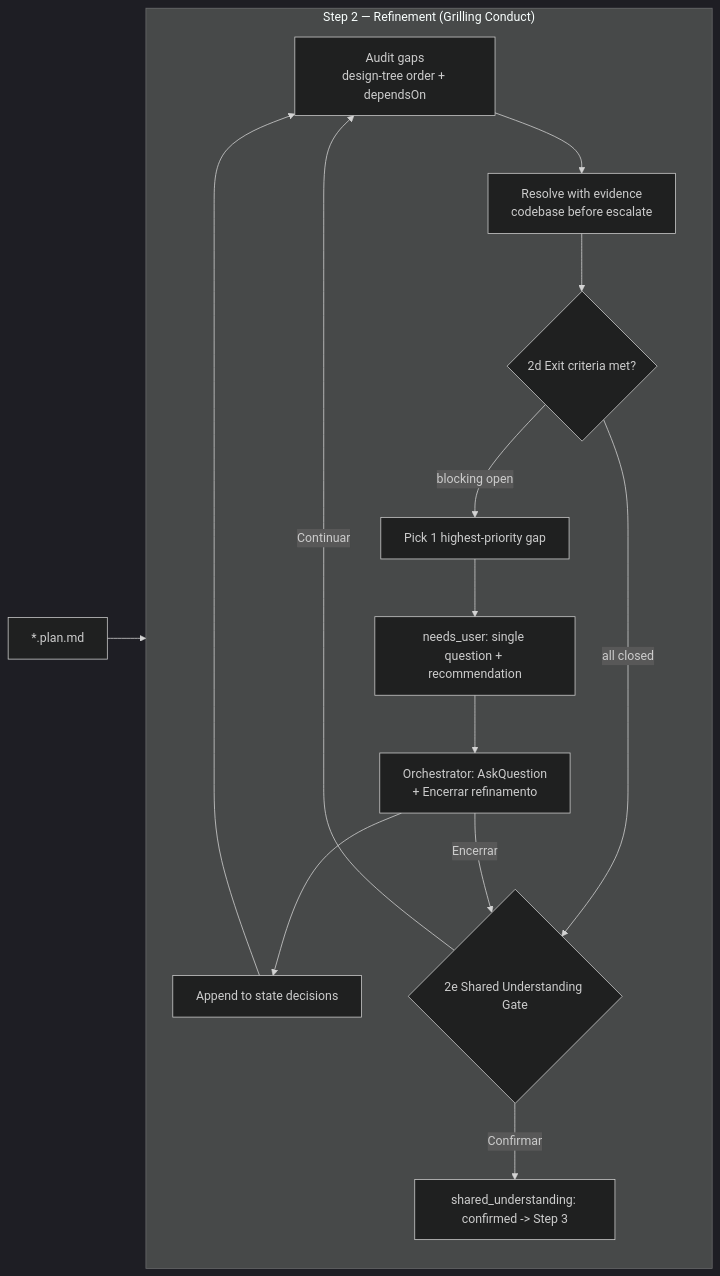
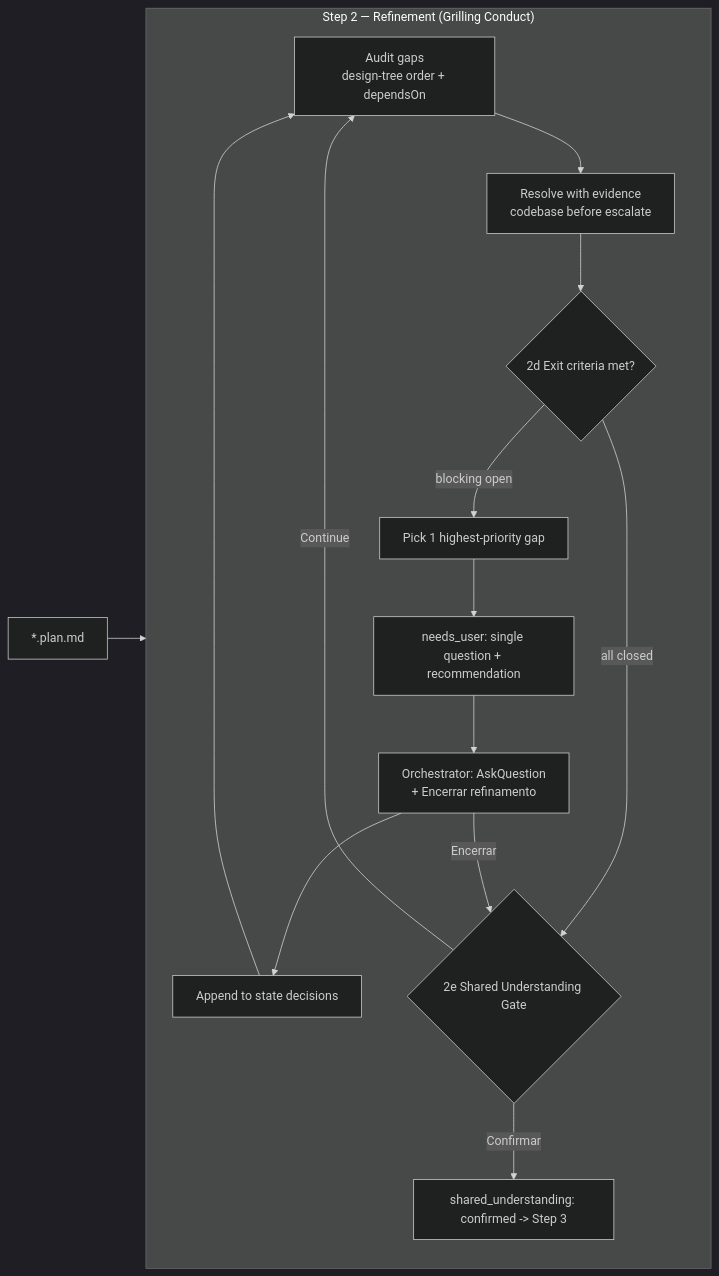
One commit to jpolvora/cursor-reviewer changed the fifth of 9 diagrams in .agents/skills/spec-to-pr/DIAGRAM.md. Above: the diagram before and after it, drawn with Mermaid (dark theme). The commit also changed other lines of this file and 72 other files, not shown here.

````diff
--- a/.agents/skills/spec-to-pr/DIAGRAM.md
+++ b/.agents/skills/spec-to-pr/DIAGRAM.md
@@ -254,23 +254,23 @@
 ```mermaid
 flowchart LR
     subgraph S2["Step 2 — Refinement (Grilling Conduct)"]
         direction TB
         INV["Audit gaps<br/>design-tree order + dependsOn"]
         RES["Resolve with evidence<br/>codebase before escalate"]
         PICK["Pick 1 highest-priority gap"]
         ASK["needs_user: single question + recommendation"]
         REC["Orchestrator: AskQuestion<br/>+ Encerrar refinamento"]
         APPEND["Append to state decisions"]
         CHECK{"2d Exit criteria met?"}
         SU{"2e Shared Understanding Gate"}
 
         INV --> RES --> CHECK
         CHECK -->|blocking open| PICK --> ASK --> REC --> APPEND --> INV
         CHECK -->|all closed| SU
         REC -->|Encerrar| SU
         SU -->|Confirmar| OUT["shared_understanding: confirmed -> Step 3"]
-        SU -->|Continuar| INV
+        SU -->|Continue| INV
     end
 
     IN["*.plan.md"] --> INV
 ```
````
